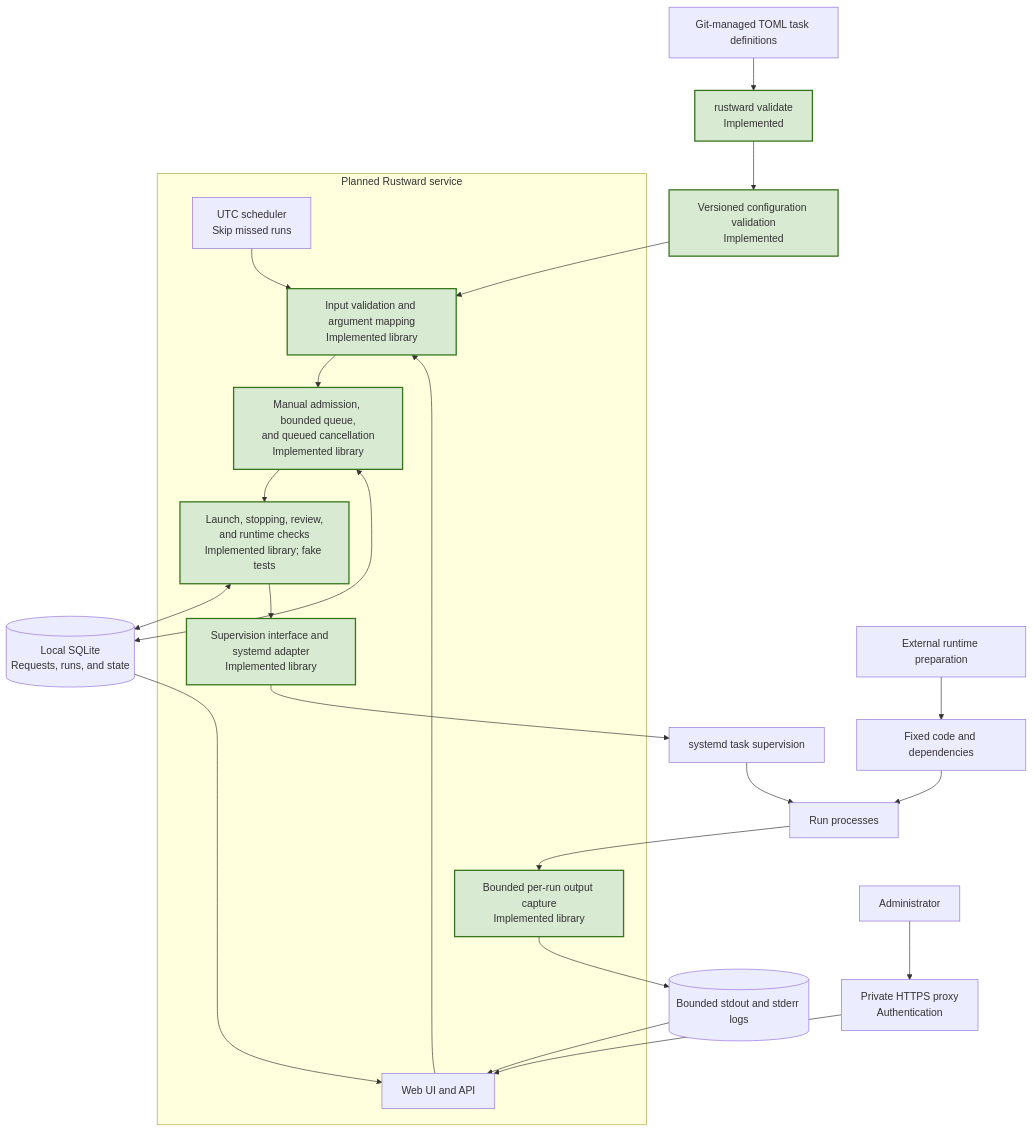
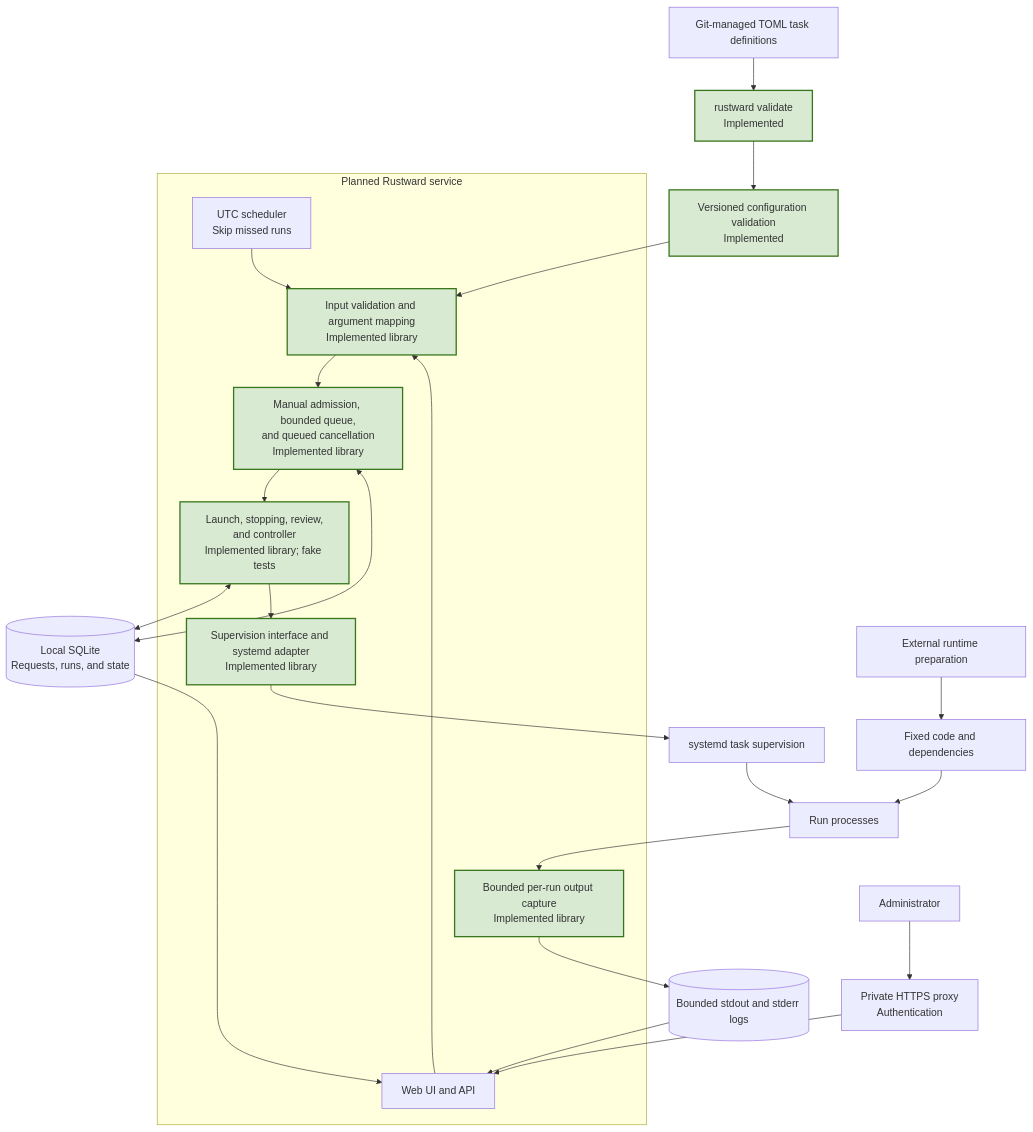
Before and after one commit to chrizpower/rustward: the diagram in docs/ARCHITECTURE.md, drawn with Mermaid. The commit also changed other lines of this file and 57 other files, not shown here.

````diff
--- a/docs/ARCHITECTURE.md
+++ b/docs/ARCHITECTURE.md
@@ -15,46 +14,46 @@
 ```mermaid
 flowchart TB
     Git["Git-managed TOML task definitions"]
     CLI["rustward validate<br/>Implemented"]
     Config["Versioned configuration validation<br/>Implemented"]
 
     Admin["Administrator"]
     Proxy["Private HTTPS proxy<br/>Authentication"]
 
     subgraph Service["Planned Rustward service"]
         UI["Web UI and API"]
         Cron["UTC scheduler<br/>Skip missed runs"]
         Inputs["Input validation and argument mapping<br/>Implemented library"]
         Queue["Manual admission, bounded queue,<br/>and queued cancellation<br/>Implemented library"]
-        Dispatch["Launch, stopping, review,<br/>and runtime checks<br/>Implemented library; fake tests"]
+        Dispatch["Launch, stopping, review,<br/>and controller<br/>Implemented library; fake tests"]
         Adapter["Supervision interface and systemd adapter<br/>Implemented library"]
         Capture["Bounded per-run output capture<br/>Implemented library"]
     end
 
     DB[("Local SQLite<br/>Requests, runs, and state")]
     Prepare["External runtime preparation"]
     Runtime["Fixed code and dependencies"]
     Systemd["systemd task supervision"]
     Task["Run processes"]
     Logs[("Bounded stdout and stderr logs")]
 
     Git --> CLI --> Config
     Config --> Inputs
 
     Admin --> Proxy --> UI
     UI --> Inputs
     Cron --> Inputs
     Inputs --> Queue --> Dispatch
     Queue <--> DB
     Dispatch <--> DB
 
     Prepare --> Runtime
     Dispatch --> Adapter --> Systemd --> Task
     Runtime --> Task
     Task --> Capture --> Logs
     Logs --> UI
     DB --> UI
 
     classDef implemented fill:#d9ead3,stroke:#38761d,stroke-width:2px
     class CLI,Config,Inputs,Queue,Dispatch,Adapter,Capture implemented
 ```
````
